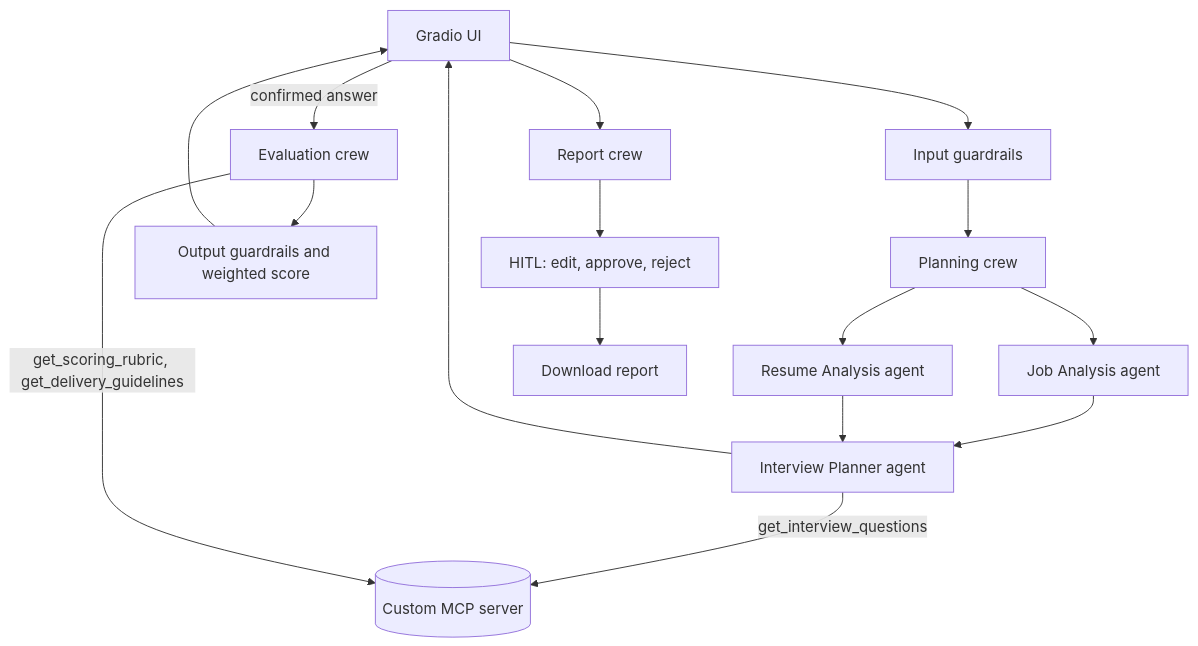
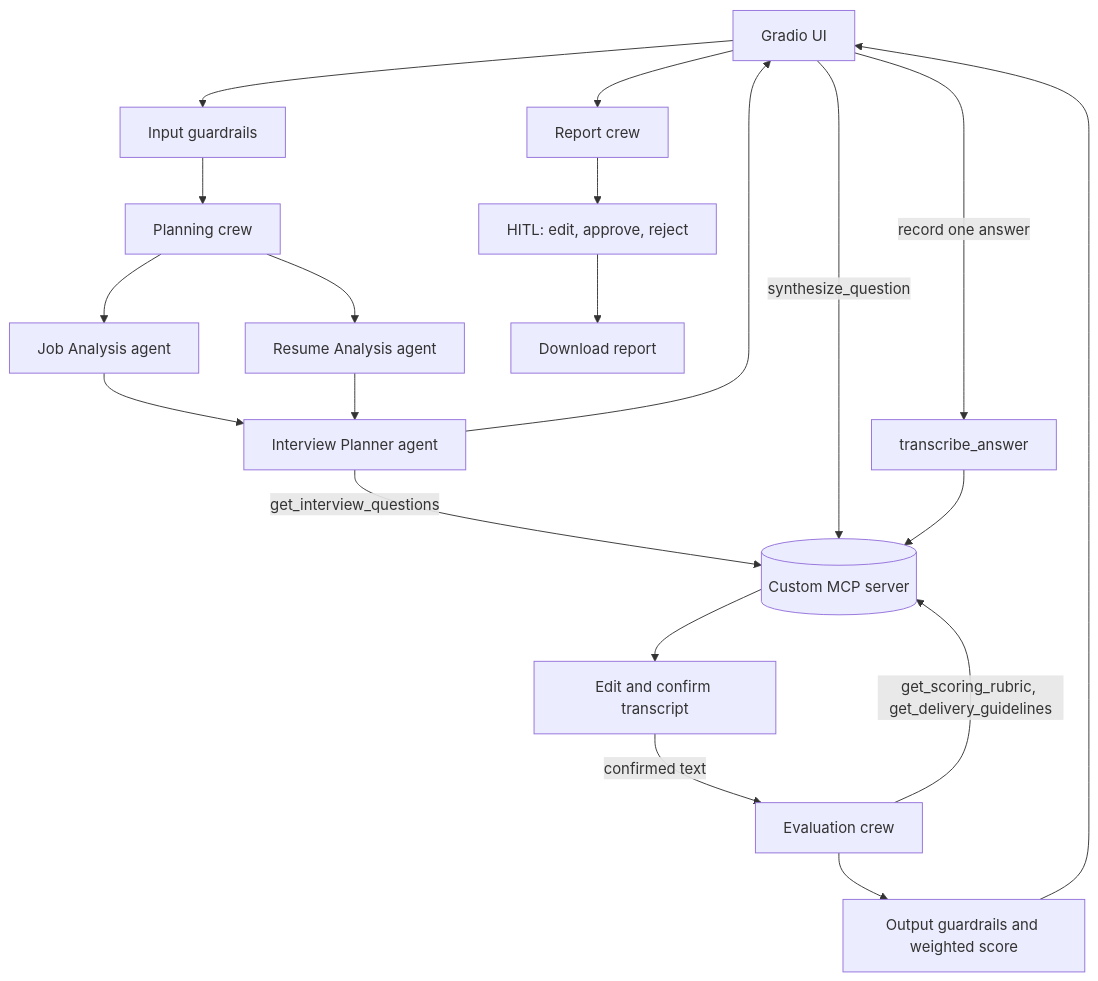
Before and after one commit to Abd-Elhadi/ai-interview-coach: the diagram in docs/architecture.md, drawn with Mermaid. The commit also changed other lines of this file and 7 other files, not shown here.

````diff
--- a/docs/architecture.md
+++ b/docs/architecture.md
@@ -3,18 +3,22 @@
 ```mermaid
 flowchart TD
   UI[Gradio UI] --> IG[Input guardrails]
   IG --> PC[Planning crew]
   PC --> JA[Job Analysis agent]
   PC --> RA[Resume Analysis agent]
   JA --> PL[Interview Planner agent]
   RA --> PL
   PL -->|get_interview_questions| MCP[(Custom MCP server)]
   PL --> UI
-  UI -->|confirmed answer| EC[Evaluation crew]
+  UI -->|synthesize_question| MCP
+  UI -->|record one answer| TR[transcribe_answer]
+  TR --> MCP
+  MCP --> CONF[Edit and confirm transcript]
+  CONF -->|confirmed text| EC[Evaluation crew]
   EC -->|get_scoring_rubric, get_delivery_guidelines| MCP
   EC --> OG[Output guardrails and weighted score]
   OG --> UI
   UI --> RC[Report crew]
   RC --> HITL[HITL: edit, approve, reject]
   HITL --> DL[Download report]
 ```
````
